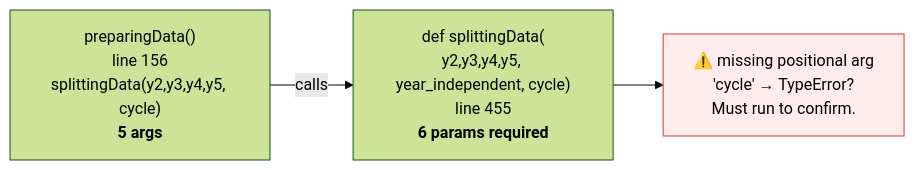
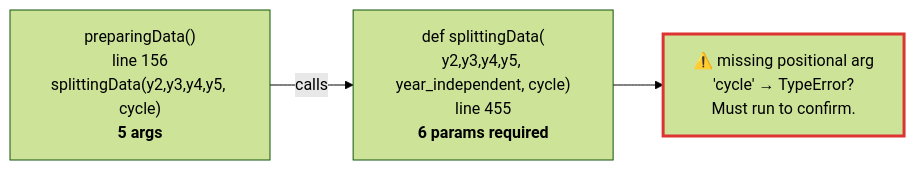
The fourth of 6 diagrams in docs/ESB_STAGE_A_REPORT.md (conrad-blucher-institute/UQ4ML_WaterTemp), drawn with Mermaid (forest theme) before and after one commit. The commit also changed other lines of this file and 2 other files, not shown here.

First line of the commit message:
docs: dark-mode-readable mermaid diagrams (borders not fills)

````diff
--- a/docs/ESB_STAGE_A_REPORT.md
+++ b/docs/ESB_STAGE_A_REPORT.md
@@ -108,9 +114,9 @@
 ```mermaid
 flowchart LR
   caller["preparingData()<br/>line 156<br/>splittingData(y2,y3,y4,y5, cycle)<br/><b>5 args</b>"]
   callee["def splittingData(<br/>y2,y3,y4,y5, year_independent, cycle)<br/>line 455<br/><b>6 params required</b>"]
   caller -->|"calls"| callee
   callee --> err["⚠️ missing positional arg<br/>'cycle' → TypeError?<br/>Must run to confirm."]
-  classDef bad fill:#ffecec,stroke:#d33;
+  classDef bad stroke:#d33,stroke-width:3px;
   class err bad
 ```
````
